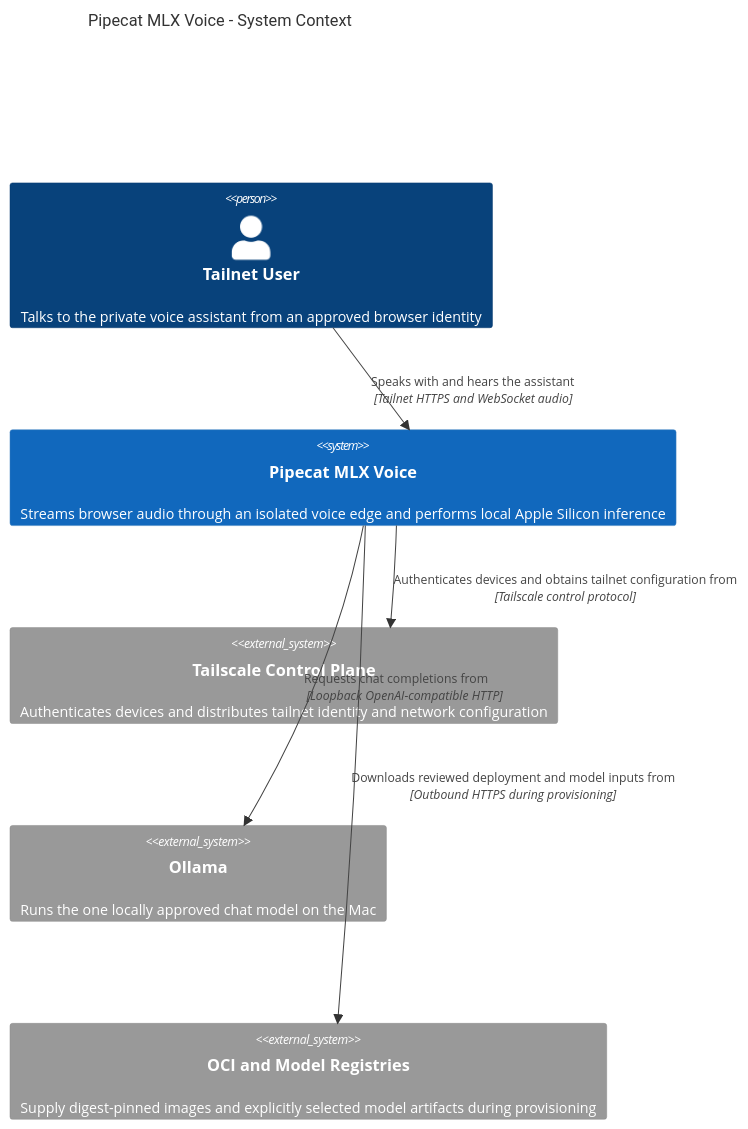
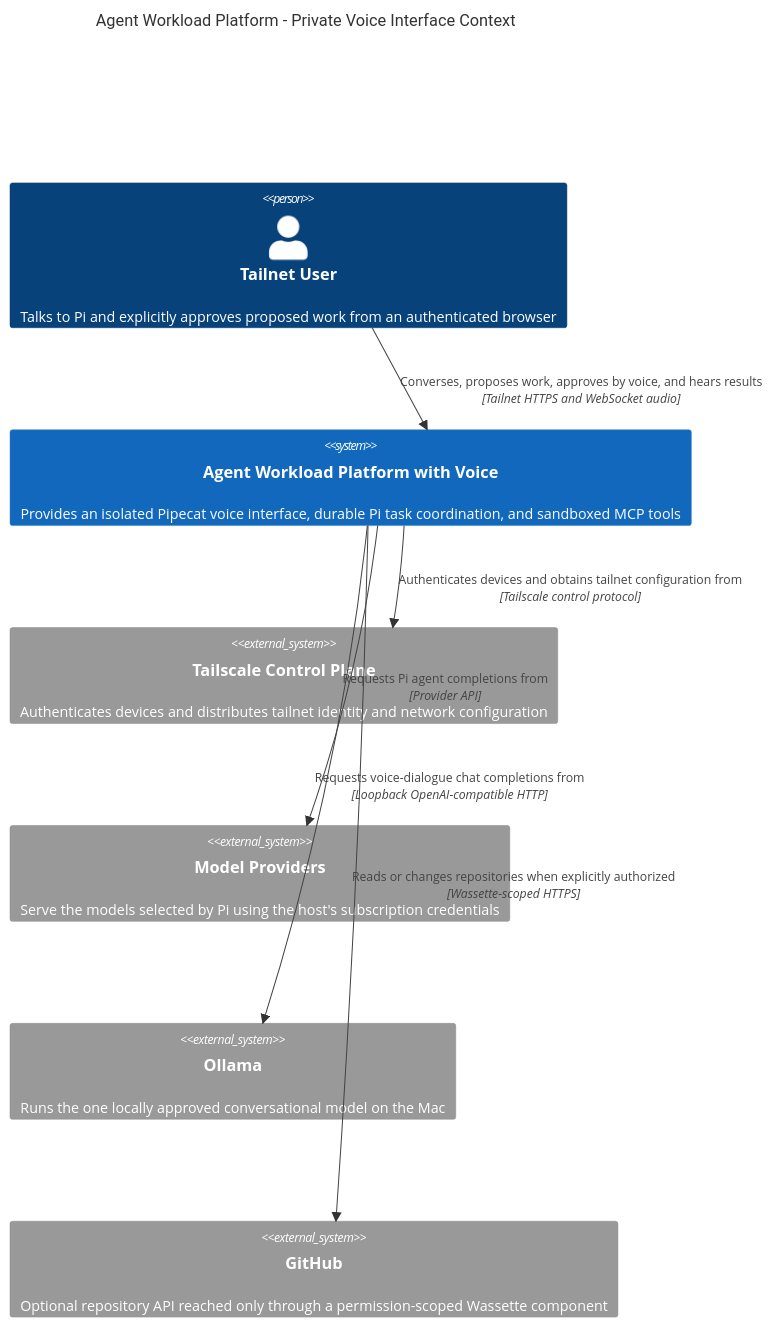
Before and after one commit to ragavsathish/agent-workload-platform: the diagram in workloads/pipecat-mlx-voice/docs/architecture/c1-system-context.mmd, drawn with Mermaid. The commit also changed 58 other files, not shown here.

```diff
--- a/workloads/pipecat-mlx-voice/docs/architecture/c1-system-context.mmd
+++ b/workloads/pipecat-mlx-voice/docs/architecture/c1-system-context.mmd
@@ -1,15 +1,17 @@
 C4Context
-title Pipecat MLX Voice - System Context
+title Agent Workload Platform - Private Voice Interface Context
 
-Person(user, "Tailnet User", "Talks to the private voice assistant from an approved browser identity")
+Person(user, "Tailnet User", "Talks to Pi and explicitly approves proposed work from an authenticated browser")
 
-System(voice, "Pipecat MLX Voice", "Streams browser audio through an isolated voice edge and performs local Apple Silicon inference")
+System(platform, "Agent Workload Platform with Voice", "Provides an isolated Pipecat voice interface, durable Pi task coordination, and sandboxed MCP tools")
 
 System_Ext(tailscale, "Tailscale Control Plane", "Authenticates devices and distributes tailnet identity and network configuration")
-System_Ext(ollama, "Ollama", "Runs the one locally approved chat model on the Mac")
-System_Ext(registries, "OCI and Model Registries", "Supply digest-pinned images and explicitly selected model artifacts during provisioning")
+System_Ext(models, "Model Providers", "Serve the models selected by Pi using the host's subscription credentials")
+System_Ext(ollama, "Ollama", "Runs the one locally approved conversational model on the Mac")
+System_Ext(github, "GitHub", "Optional repository API reached only through a permission-scoped Wassette component")
 
-Rel(user, voice, "Speaks with and hears the assistant", "Tailnet HTTPS and WebSocket audio")
-Rel(voice, tailscale, "Authenticates devices and obtains tailnet configuration from", "Tailscale control protocol")
-Rel(voice, ollama, "Requests chat completions from", "Loopback OpenAI-compatible HTTP")
-Rel(voice, registries, "Downloads reviewed deployment and model inputs from", "Outbound HTTPS during provisioning")
+Rel(user, platform, "Converses, proposes work, approves by voice, and hears results", "Tailnet HTTPS and WebSocket audio")
+Rel(platform, tailscale, "Authenticates devices and obtains tailnet configuration from", "Tailscale control protocol")
+Rel(platform, ollama, "Requests voice-dialogue chat completions from", "Loopback OpenAI-compatible HTTP")
+Rel(platform, models, "Requests Pi agent completions from", "Provider API")
+Rel(platform, github, "Reads or changes repositories when explicitly authorized", "Wassette-scoped HTTPS")
```
